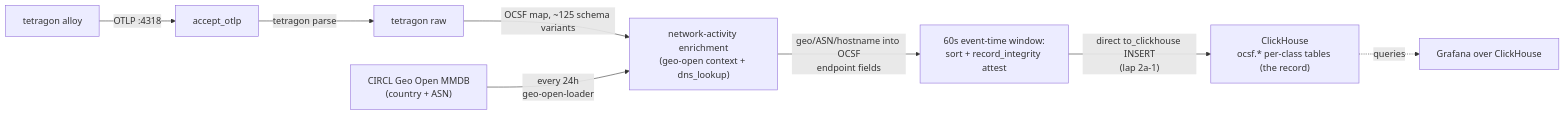
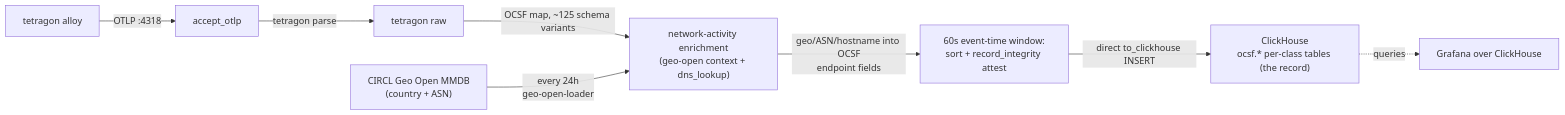
Before and after one commit to Apocrathia/homelab: the diagram in flux/manifests/04-apps/security/tenzir/nodes/tetragon/README.md, drawn with Mermaid. The commit also changed other lines of this file and 777 other files, not shown here.

````diff
--- a/flux/manifests/04-apps/security/tenzir/nodes/tetragon/README.md
+++ b/flux/manifests/04-apps/security/tenzir/nodes/tetragon/README.md
@@ -45,10 +45,10 @@
 ```mermaid
 flowchart LR
     TT[tetragon alloy] -->|"OTLP :4318"| AO[accept_otlp]
     AO -->|"tetragon parse"| TR["tetragon raw"]
     TR -->|"OCSF map, ~125 schema variants"| ENR["network-activity enrichment<br/>(geo-open context + dns_lookup)"]
     CIRCL["CIRCL Geo Open MMDB<br/>(country + ASN)"] -->|"every 24h<br/>geo-open-loader"| ENR
     ENR -->|"geo/ASN/hostname into OCSF<br/>endpoint fields"| WIN["60s event-time window:<br/>sort + record_integrity attest"]
-    WIN -->|"direct to_clickhouse INSERT<br/>(lap 2a-1)"| CH["ClickHouse<br/>ocsf.* per-class tables (the record)"]
+    WIN -->|"direct to_clickhouse INSERT<br/>"| CH["ClickHouse<br/>ocsf.* per-class tables (the record)"]
     CH -.->|"queries"| GRAF["Grafana over ClickHouse"]
 ```
````
